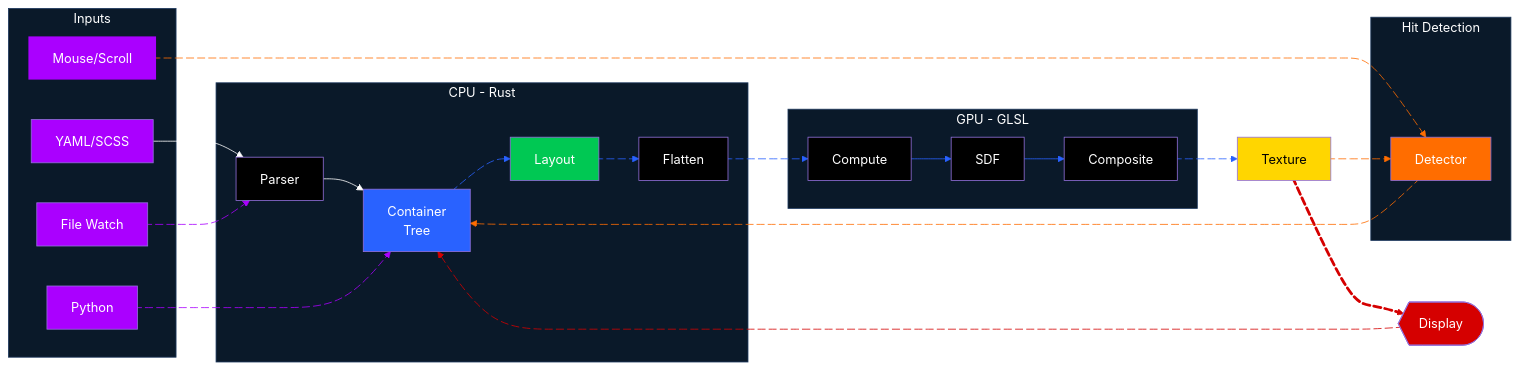
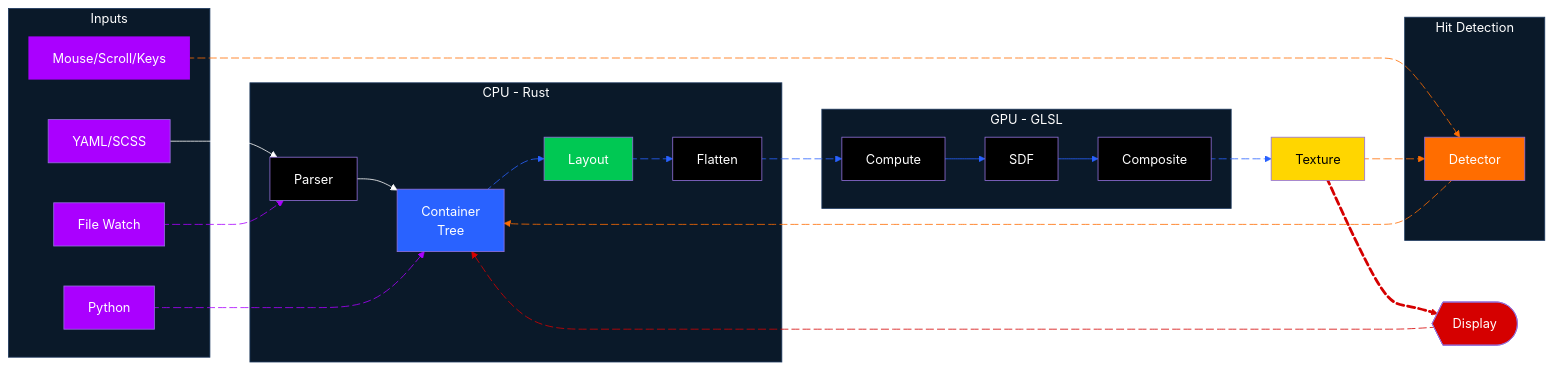
One commit to nicolaiprodromov/puree changed the diagram in README.md. Above: the diagram before and after it, drawn with Mermaid. The commit also changed other lines of this file, not shown here.

```diff
--- a/README.md
+++ b/README.md
@@ -141,7 +141,7 @@
 flowchart LR
  subgraph INPUT["Inputs"]
         A["YAML/SCSS"]
-        I["Mouse/Scroll"]
+        I["Mouse/Scroll/Keys"]
         K["Python"]
         M["File Watch"]
   end
```
